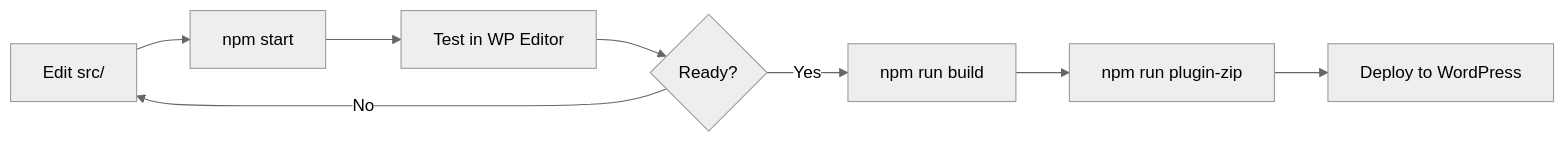
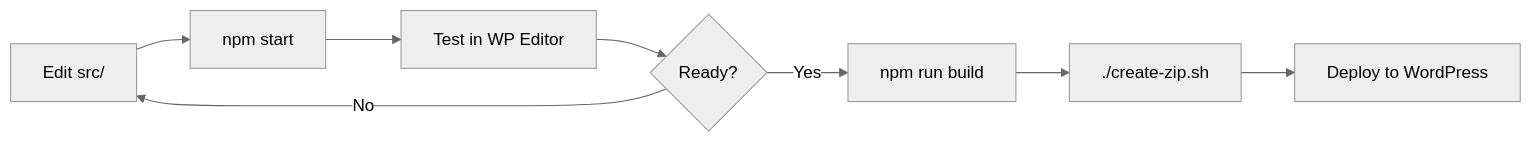
The diagram in README.md (tworksystem/twork-builder), drawn with Mermaid (neutral theme) before and after one commit. The commit also changed other lines of this file, not shown here.

````diff
--- a/README.md
+++ b/README.md
@@ -377,10 +337,10 @@
 ```mermaid
 flowchart LR
     A[Edit src/] --> B[npm start]
     B --> C[Test in WP Editor]
     C --> D{Ready?}
     D -->|No| A
     D -->|Yes| E[npm run build]
-    E --> F[npm run plugin-zip]
+    E --> F[./create-zip.sh]
     F --> G[Deploy to WordPress]
 ```
````
